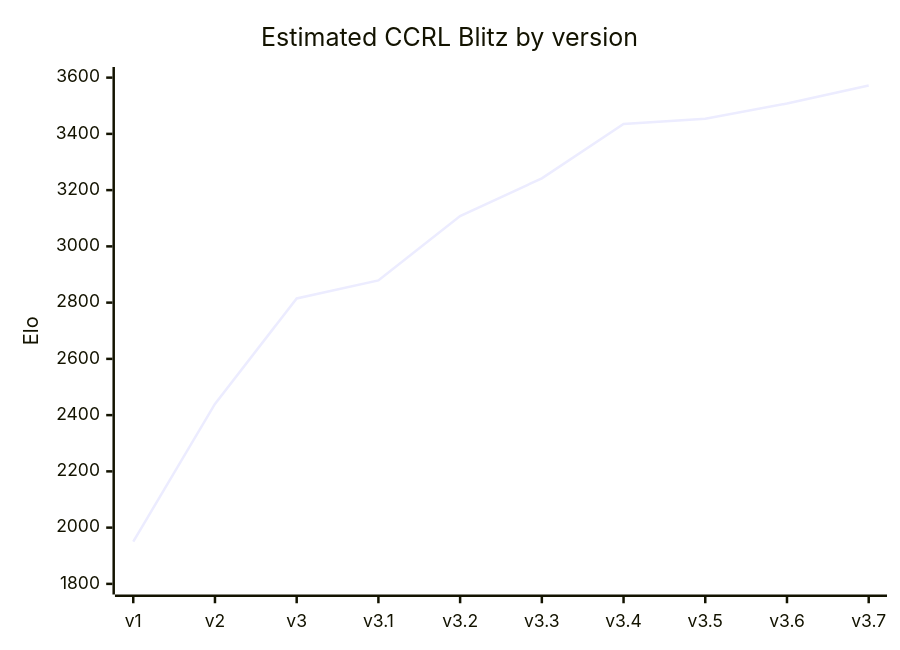
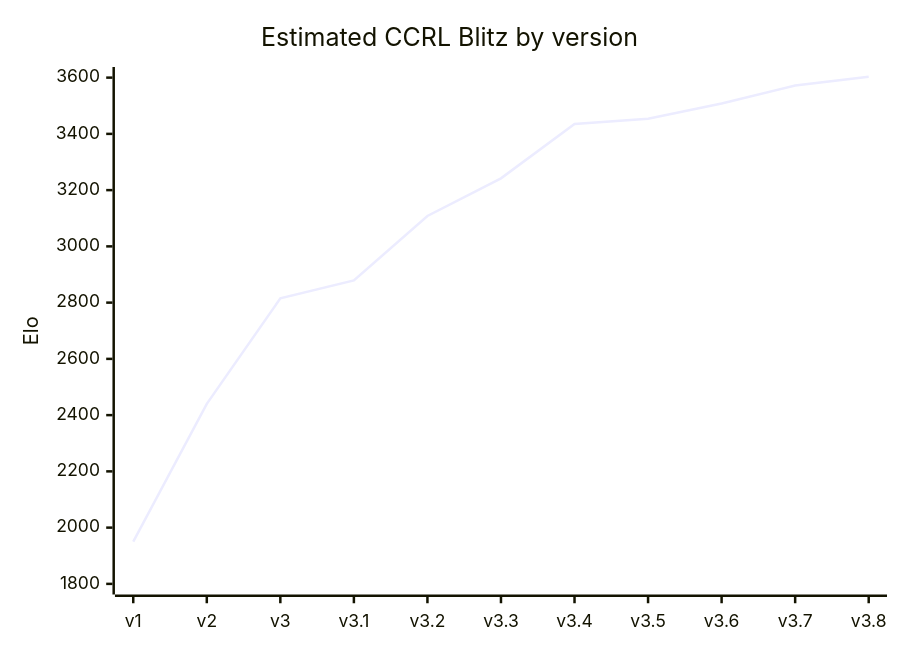
The first of 2 diagrams in README.md (ComputecOrg/caipora), drawn with Mermaid before and after one commit. The commit also changed other lines of this file and 3 other files, not shown here.

````diff
--- a/README.md
+++ b/README.md
@@ -45,7 +45,7 @@
 ```mermaid
 xychart-beta
     title "Estimated CCRL Blitz by version"
-    x-axis ["v1", "v2", "v3", "v3.1", "v3.2", "v3.3", "v3.4", "v3.5", "v3.6", "v3.7"]
+    x-axis ["v1", "v2", "v3", "v3.1", "v3.2", "v3.3", "v3.4", "v3.5", "v3.6", "v3.7", "v3.8"]
     y-axis "Elo" 1800 --> 3600
-    line [1950, 2440, 2815, 2879, 3108, 3242, 3435, 3454, 3508, 3572]
+    line [1950, 2440, 2815, 2879, 3108, 3242, 3435, 3454, 3508, 3572, 3603]
 ```
````
